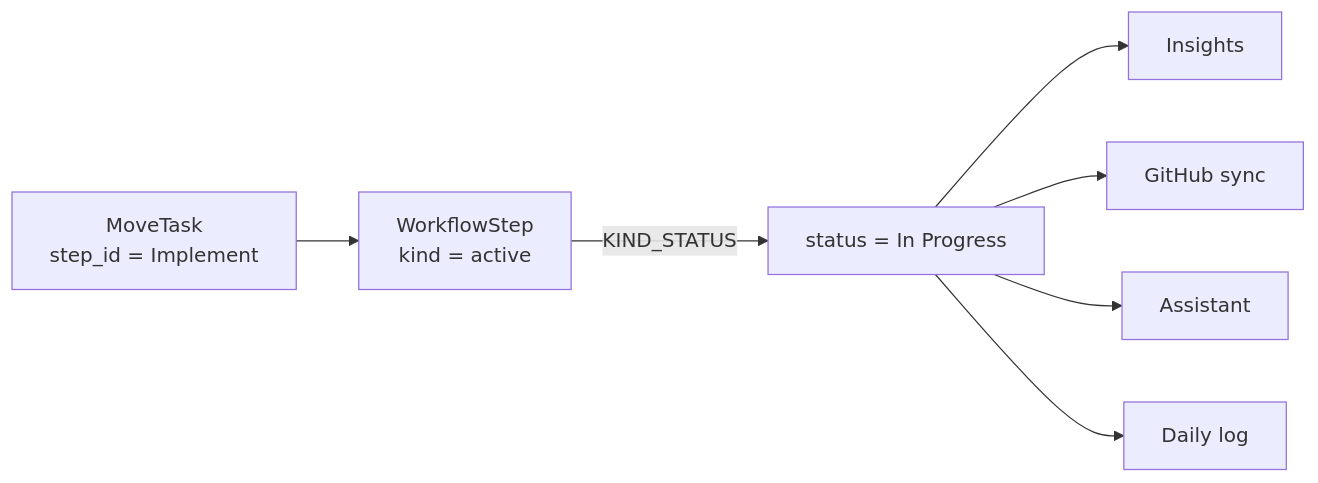
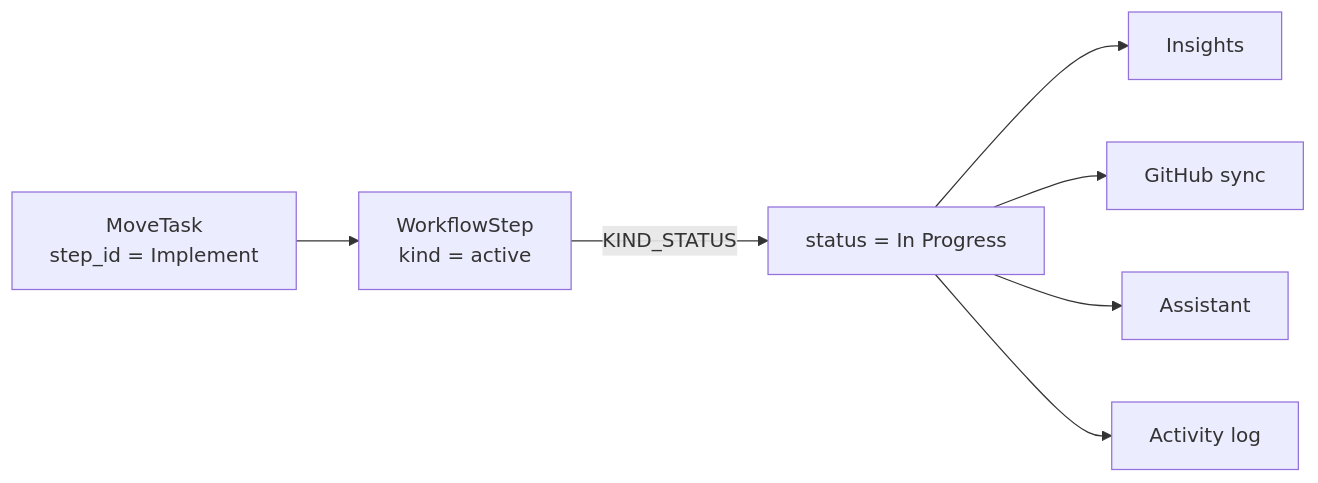
One commit to kashmithnisakya/flowline changed the first of 3 diagrams in docs/content/concepts/flow-lines.md. Above: the diagram before and after it, drawn with Mermaid. The commit also changed other lines of this file and 189 other files, not shown here.

````diff
--- a/docs/content/concepts/flow-lines.md
+++ b/docs/content/concepts/flow-lines.md
@@ -45,9 +44,9 @@
 ```mermaid
 flowchart LR
     move["MoveTask<br/>step_id = Implement"] --> step["WorkflowStep<br/>kind = active"]
     step -- "KIND_STATUS" --> status["status = In Progress"]
     status --> insights["Insights"]
     status --> github["GitHub sync"]
     status --> assistant["Assistant"]
-    status --> log["Daily log"]
+    status --> log["Activity log"]
 ```
````
